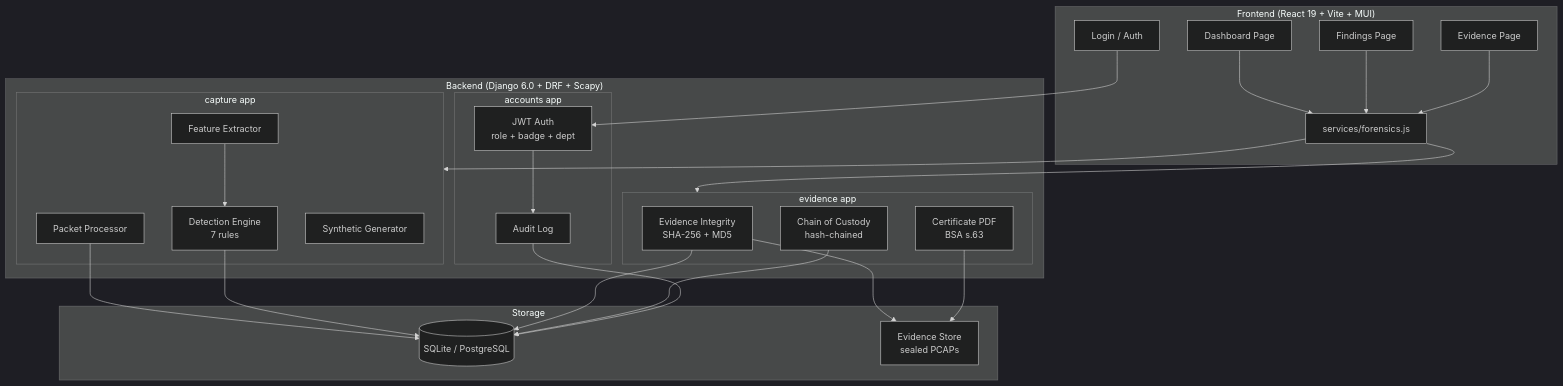
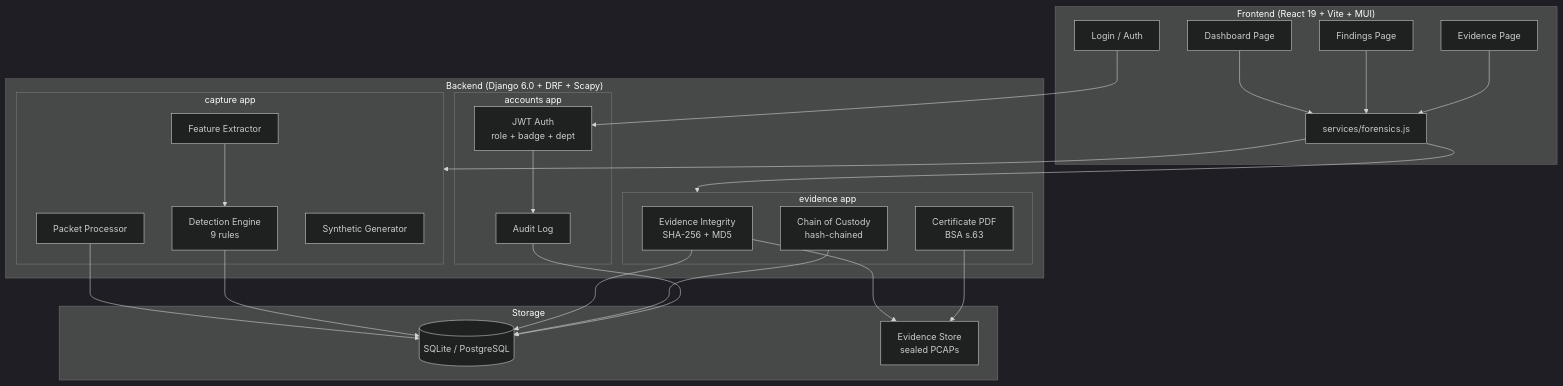
The second of 5 diagrams in README.md (MuhammedZuhayr/NetForensiq), drawn with Mermaid (dark theme) before and after one commit. The commit also changed other lines of this file and 32 other files, not shown here.

````diff
--- a/README.md
+++ b/README.md
@@ -45,51 +45,51 @@
 ```mermaid
 graph TB
     subgraph Frontend ["Frontend (React 19 + Vite + MUI)"]
         FD[Dashboard Page]
         FF[Findings Page]
         FE[Evidence Page]
         FL[Login / Auth]
         FS["services/forensics.js"]
     end
 
     subgraph Backend ["Backend (Django 6.0 + DRF + Scapy)"]
         subgraph Capture ["capture app"]
             PR[Packet Processor]
             FX[Feature Extractor]
-            DE[Detection Engine<br/>7 rules]
+            DE[Detection Engine<br/>9 rules]
             SY[Synthetic Generator]
         end
         subgraph Evidence ["evidence app"]
             EI[Evidence Integrity<br/>SHA-256 + MD5]
             CC[Chain of Custody<br/>hash-chained]
             CP[Certificate PDF<br/>BSA s.63]
         end
         subgraph Auth ["accounts app"]
             AU[JWT Auth<br/>role + badge + dept]
             AL[Audit Log]
         end
     end
 
     subgraph Storage
         DB[(SQLite / PostgreSQL)]
         ES[Evidence Store<br/>sealed PCAPs]
     end
 
     FL --> AU
     FS --> Capture
     FS --> Evidence
     FD --> FS
     FF --> FS
     FE --> FS
 
     PR --> DB
     FX --> DE
     DE --> DB
     EI --> ES
     EI --> DB
     CC --> DB
     CP --> ES
 
     AU --> AL
     AL --> DB
 ```
````
